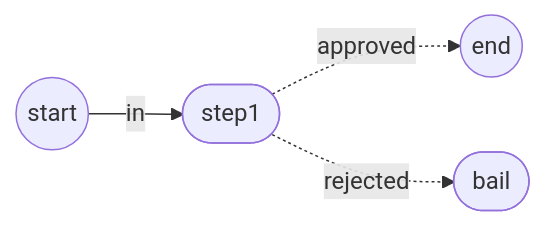
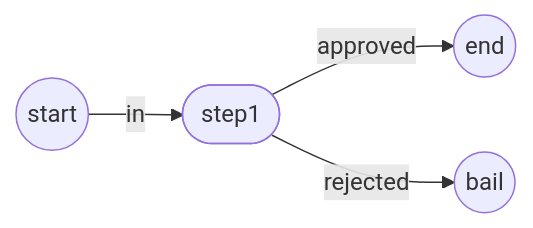
Before and after one commit to mastra-ai/mastra: the second of 3 diagrams in docs/src/pages/kitchen-sink.mdx, drawn with Mermaid. The commit also changed other lines of this file and 4 other files, not shown here.

First line of the commit message:
fix(docs): address Mermaid review feedback

````diff
--- a/docs/src/pages/kitchen-sink.mdx
+++ b/docs/src/pages/kitchen-sink.mdx
@@ -292,11 +291,11 @@
 ```mermaid
 flowchart LR
   accTitle: Outcome colors
   accDescr: A step either completes at end, or stops at bail when rejected.
   start(( start )) -- in --> step1([step1])
-  step1 accent1@-. approved .-> stop(( end ))
-  step1 danger1@-. rejected .-> bailed([bail])
+  step1 accent1@-- approved --> stop(( end ))
+  step1 danger1@-- rejected --> bailed(( bail ))
 
   class bailed danger
   class stop accent
 ```
````
